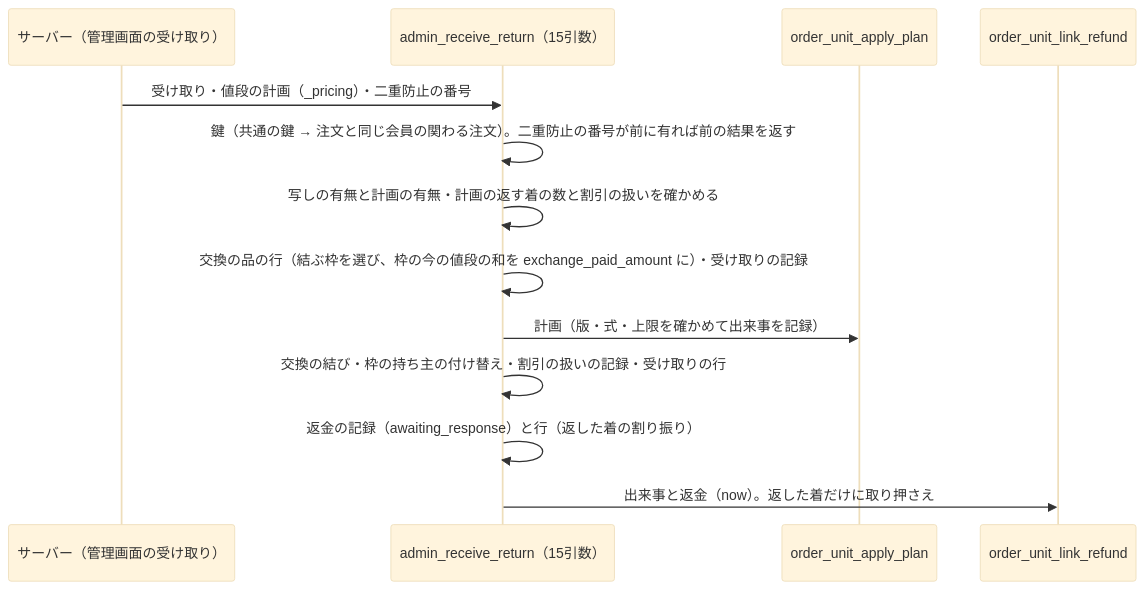
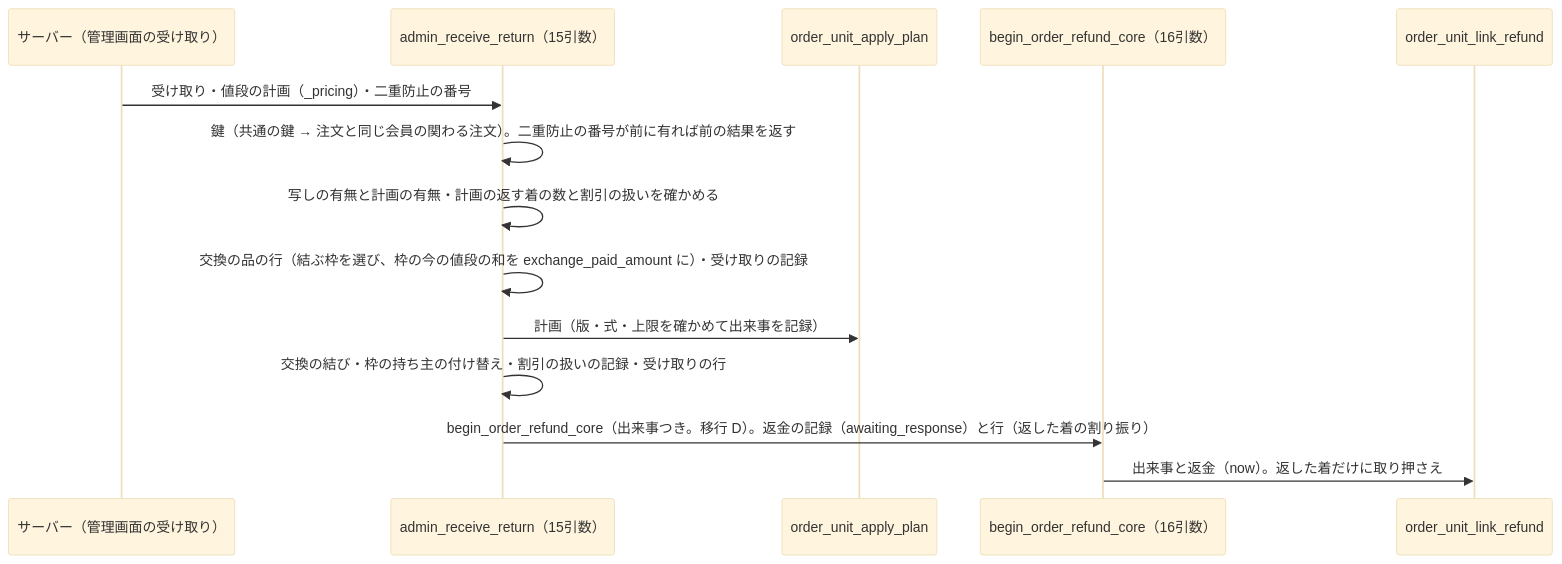
Before and after one commit to ChocoWork/o_official: diagram 25 of 26 in docs/04_DetailDesign/sequence/order-administration.md, drawn with Mermaid (base theme). The commit also changed other lines of this file and 4 other files, not shown here.

````diff
--- a/docs/04_DetailDesign/sequence/order-administration.md
+++ b/docs/04_DetailDesign/sequence/order-administration.md
@@ -1208,15 +1210,16 @@
 ```mermaid
 sequenceDiagram
     participant S as サーバー（管理画面の受け取り）
     participant R as admin_receive_return（15引数）
     participant A as order_unit_apply_plan
+    participant C as begin_order_refund_core（16引数）
     participant L as order_unit_link_refund
     S->>R: 受け取り・値段の計画（_pricing）・二重防止の番号
     R->>R: 鍵（共通の鍵 → 注文と同じ会員の関わる注文）。二重防止の番号が前に有れば前の結果を返す
     R->>R: 写しの有無と計画の有無・計画の返す着の数と割引の扱いを確かめる
     R->>R: 交換の品の行（結ぶ枠を選び、枠の今の値段の和を exchange_paid_amount に）・受け取りの記録
     R->>A: 計画（版・式・上限を確かめて出来事を記録）
     R->>R: 交換の結び・枠の持ち主の付け替え・割引の扱いの記録・受け取りの行
-    R->>R: 返金の記録（awaiting_response）と行（返した着の割り振り）
-    R->>L: 出来事と返金（now）。返した着だけに取り押さえ
+    R->>C: begin_order_refund_core（出来事つき。移行 D）。返金の記録（awaiting_response）と行（返した着の割り振り）
+    C->>L: 出来事と返金（now）。返した着だけに取り押さえ
 ```
````
